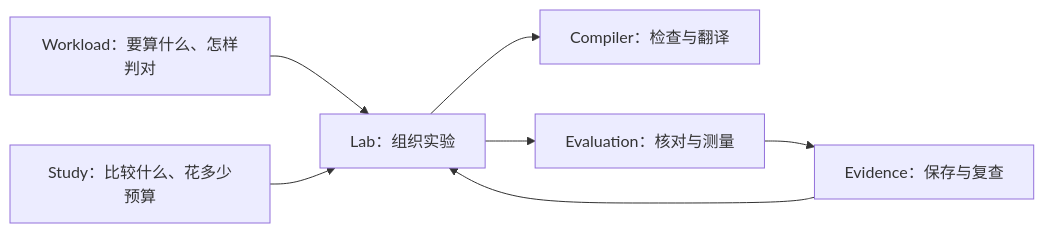
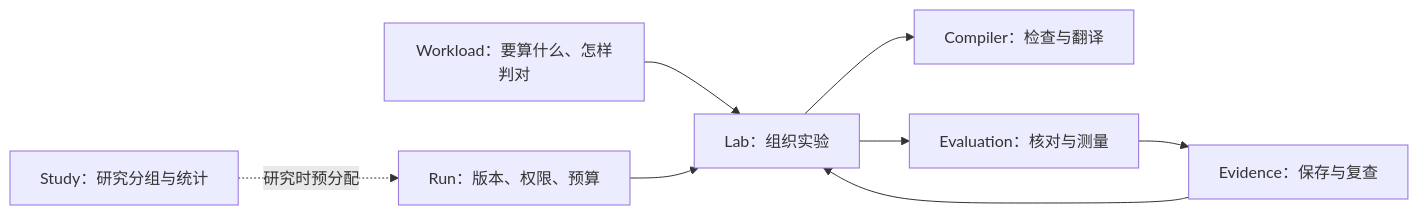
One commit to qhy991/open-cake-ir changed the diagram in docs/ARCHITECTURE.md. Above: the diagram before and after it, drawn with Mermaid. The commit also changed other lines of this file and 20 other files, not shown here.

````diff
--- a/docs/ARCHITECTURE.md
+++ b/docs/ARCHITECTURE.md
@@ -33,9 +33,10 @@
 ```mermaid
 flowchart LR
     W["Workload：要算什么、怎样判对"] --> L["Lab：组织实验"]
-    S["Study：比较什么、花多少预算"] --> L
+    R["Run：版本、权限、预算"] --> L
+    S["Study：研究分组与统计"] -. "研究时预分配" .-> R
     L --> C["Compiler：检查与翻译"]
     L --> V["Evaluation：核对与测量"]
     V --> E["Evidence：保存与复查"]
     E --> L
 ```
````
